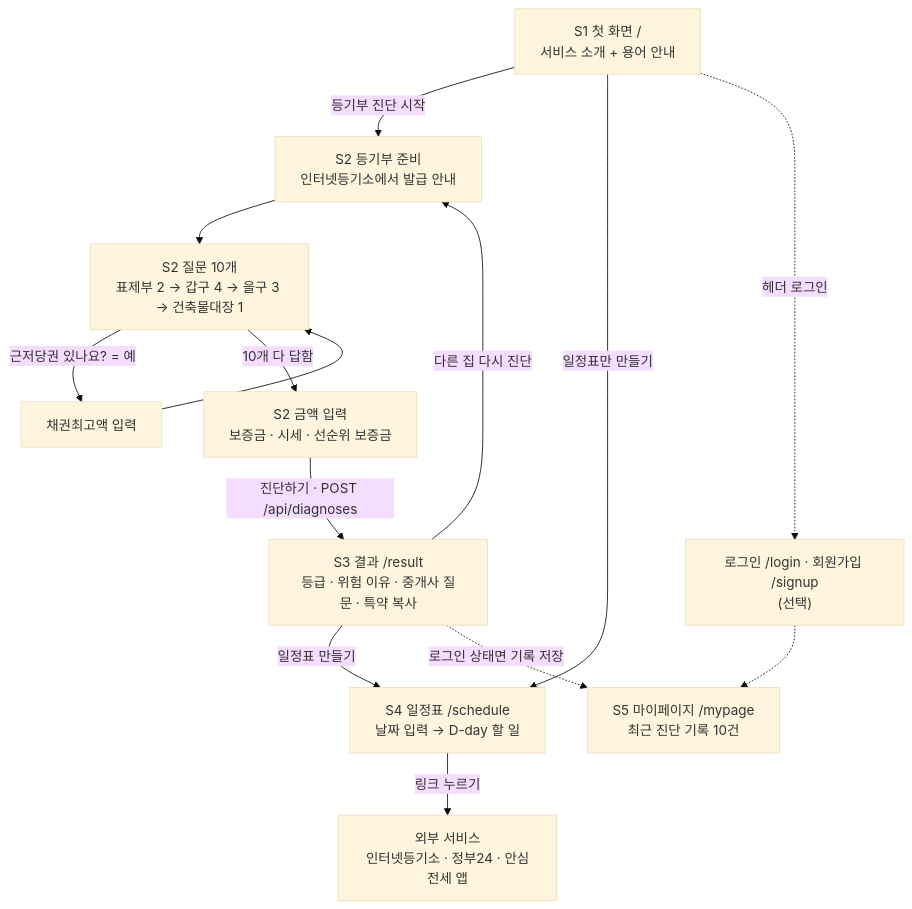
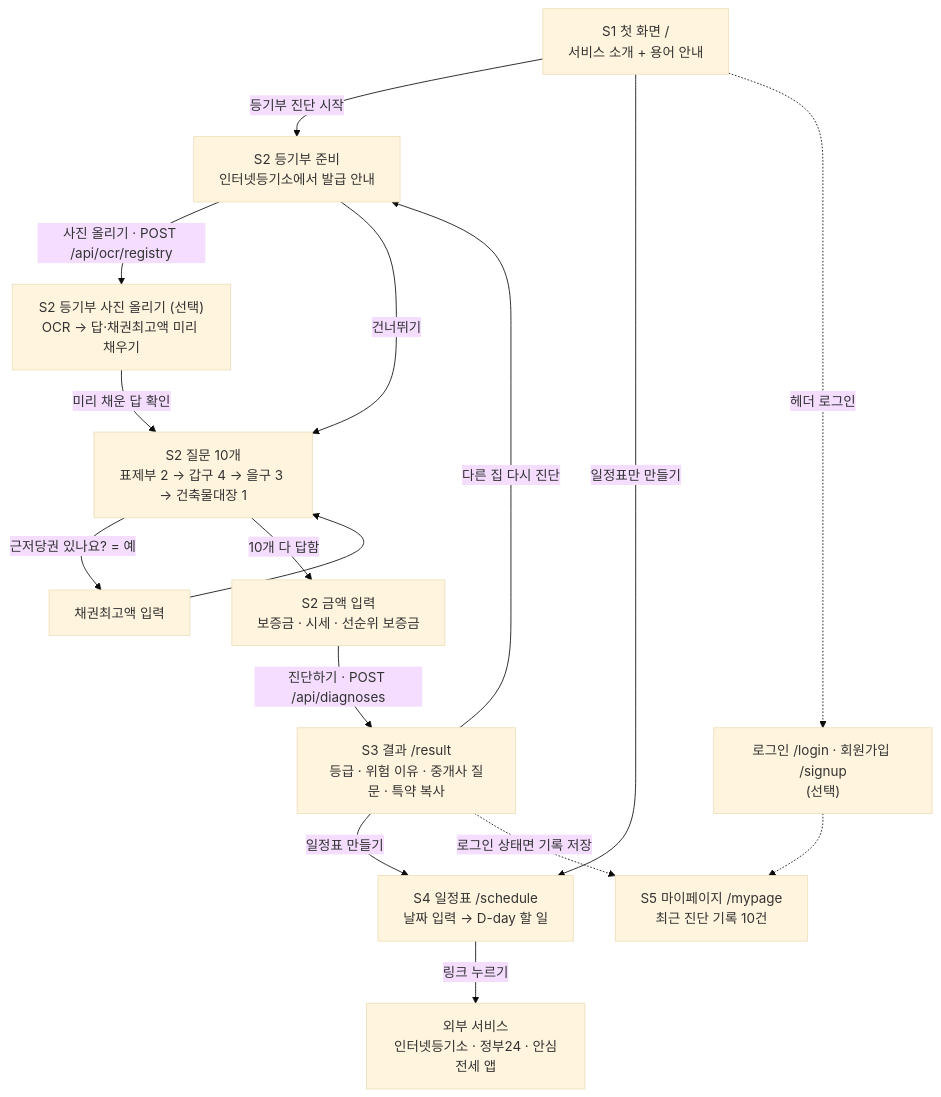
One commit to LGCNS-HackerTon/BackEnd changed the first of 3 diagrams in docs/06-service-flow.md. Above: the diagram before and after it, drawn with Mermaid (base theme). The commit also changed other lines of this file and 6 other files, not shown here.

````diff
--- a/docs/06-service-flow.md
+++ b/docs/06-service-flow.md
@@ -16,27 +16,30 @@
 ```mermaid
 flowchart TD
     S1["S1 첫 화면 /<br/>서비스 소개 + 용어 안내"]
     S2a["S2 등기부 준비<br/>인터넷등기소에서 발급 안내"]
+    OCR["S2 등기부 사진 올리기 (선택)<br/>OCR → 답·채권최고액 미리 채우기"]
     S2b["S2 질문 10개<br/>표제부 2 → 갑구 4 → 을구 3 → 건축물대장 1"]
     S2c["채권최고액 입력"]
     S2d["S2 금액 입력<br/>보증금 · 시세 · 선순위 보증금"]
     S3["S3 결과 /result<br/>등급 · 위험 이유 · 중개사 질문 · 특약 복사"]
     S4["S4 일정표 /schedule<br/>날짜 입력 → D-day 할 일"]
     EXT["외부 서비스<br/>인터넷등기소 · 정부24 · 안심전세 앱"]
     L["로그인 /login · 회원가입 /signup<br/>(선택)"]
     S5["S5 마이페이지 /mypage<br/>최근 진단 기록 10건"]
 
     S1 -->|등기부 진단 시작| S2a
     S1 -->|일정표만 만들기| S4
-    S2a --> S2b
+    S2a -->|사진 올리기 · POST /api/ocr/registry| OCR
+    OCR -->|미리 채운 답 확인| S2b
+    S2a -->|건너뛰기| S2b
     S2b -->|근저당권 있나요? = 예| S2c
     S2c --> S2b
     S2b -->|10개 다 답함| S2d
     S2d -->|진단하기 · POST /api/diagnoses| S3
     S3 -->|다른 집 다시 진단| S2a
     S3 -->|일정표 만들기| S4
     S4 -->|링크 누르기| EXT
     S1 -.->|헤더 로그인| L
     L -.-> S5
     S3 -.->|로그인 상태면 기록 저장| S5
 ```
````
